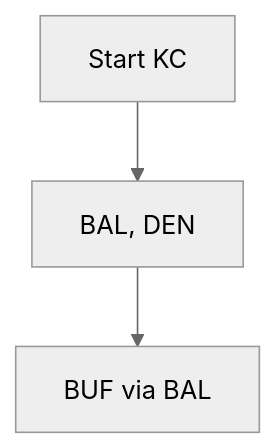
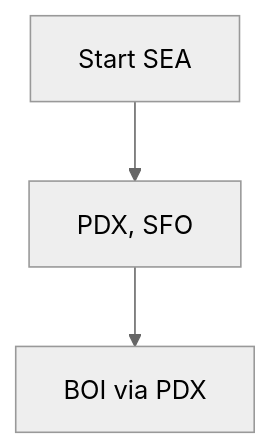
One commit to qgjones9/python-programming-guide changed the third of 6 diagrams in docs/dsa/data-structures/graphs/index.md. Above: the diagram before and after it, drawn with Mermaid (neutral theme). The commit also changed other lines of this file and 29 other files, not shown here.

````diff
--- a/docs/dsa/data-structures/graphs/index.md
+++ b/docs/dsa/data-structures/graphs/index.md
@@ -270,5 +267,5 @@
 ```mermaid
 flowchart TB
-  S["Start KC"] --> L1["BAL, DEN"]
-  L1 --> L2["BUF via BAL"]
+  S["Start SEA"] --> L1["PDX, SFO"]
+  L1 --> L2["BOI via PDX"]
 ```
````
